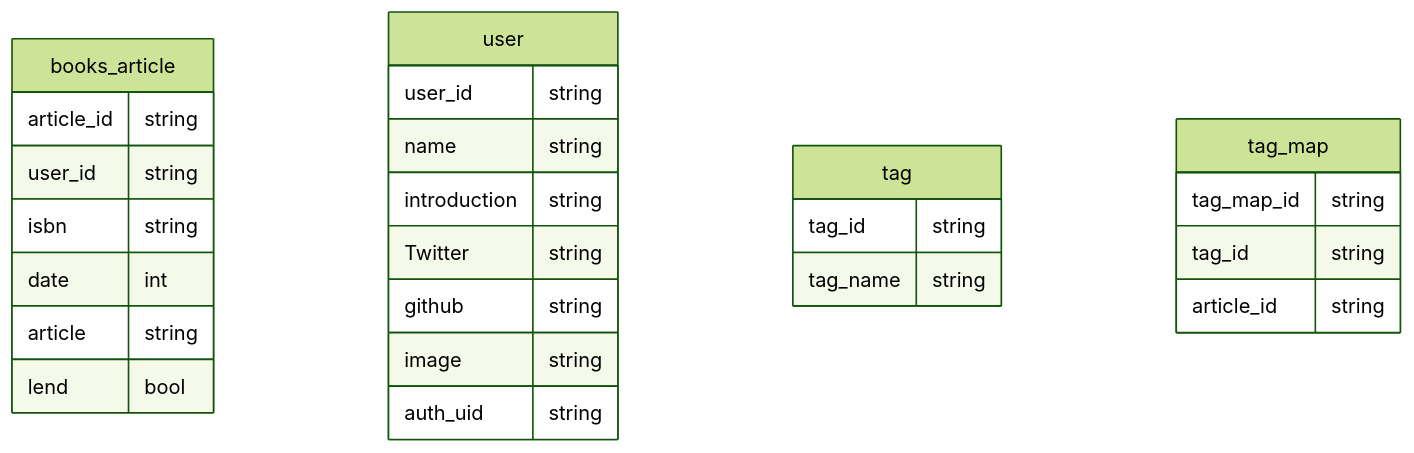
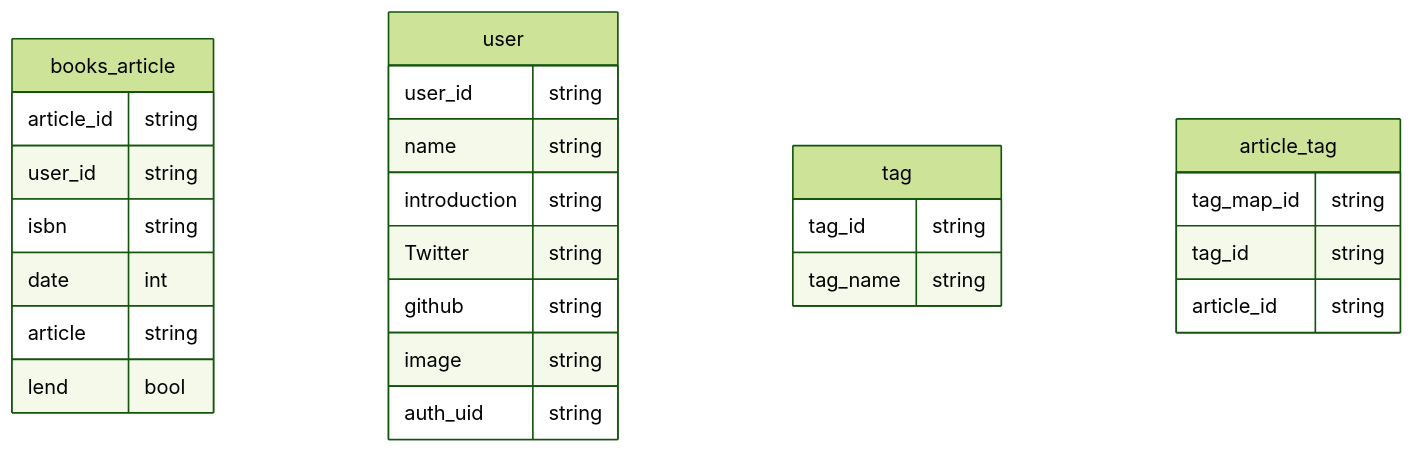
One commit to hackz-hackathon-giganoto/team-l changed the diagram in README.md. Above: the diagram before and after it, drawn with Mermaid (forest theme).

````diff
--- a/README.md
+++ b/README.md
@@ -19,34 +19,34 @@
 ```mermaid
 erDiagram
 
 books_article{
   article_id string
   user_id string
   isbn string
   date int
   article string
   lend bool
 }
 
 user{
   user_id string
   name string
   introduction string
   Twitter string
   github string
   image string
   auth_uid string
 }
 
 tag{
   tag_id string
   tag_name string
 }
 
-tag_map{
+article_tag{
   tag_map_id string
   tag_id string
   article_id string
 }
 
 ```
````
